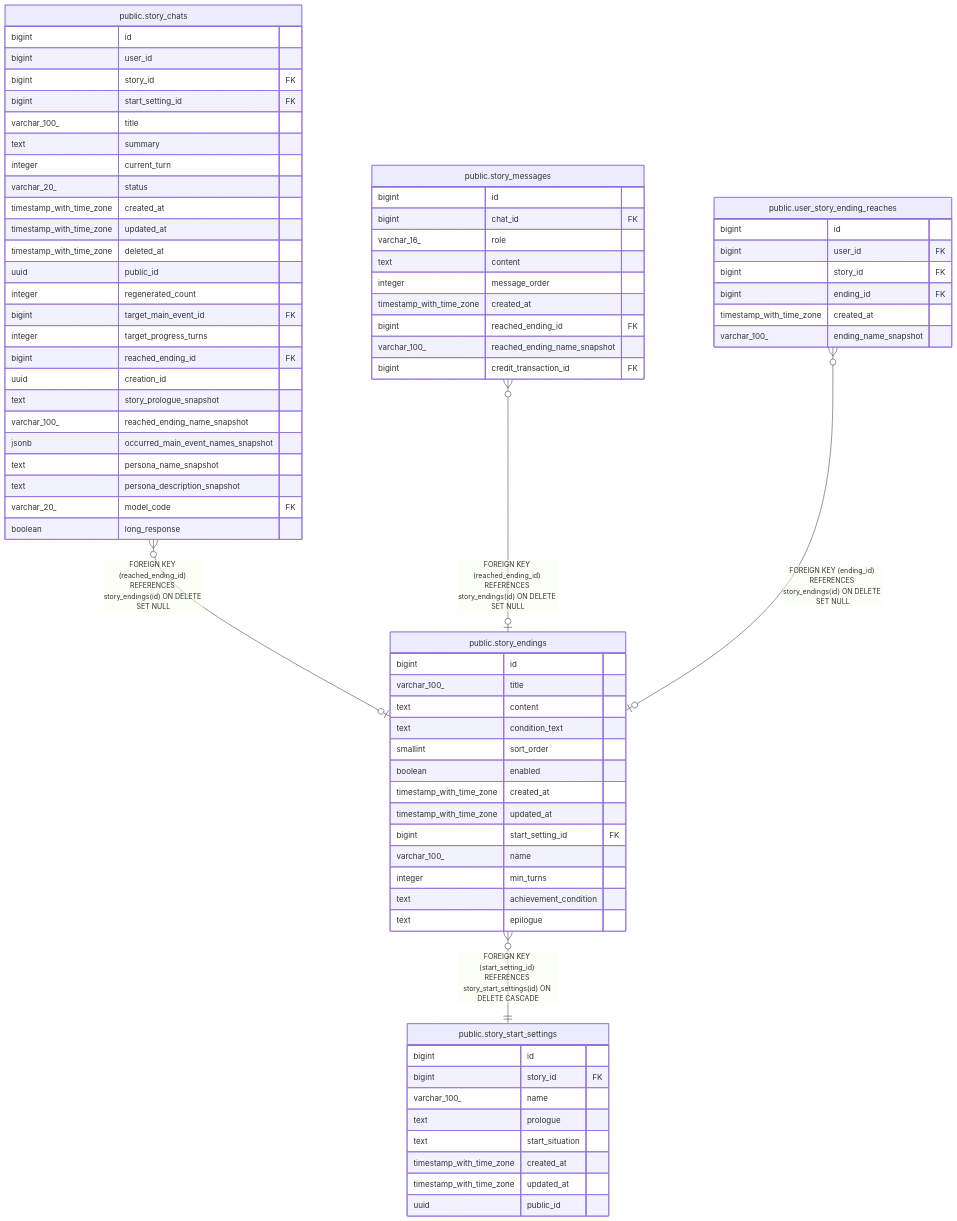
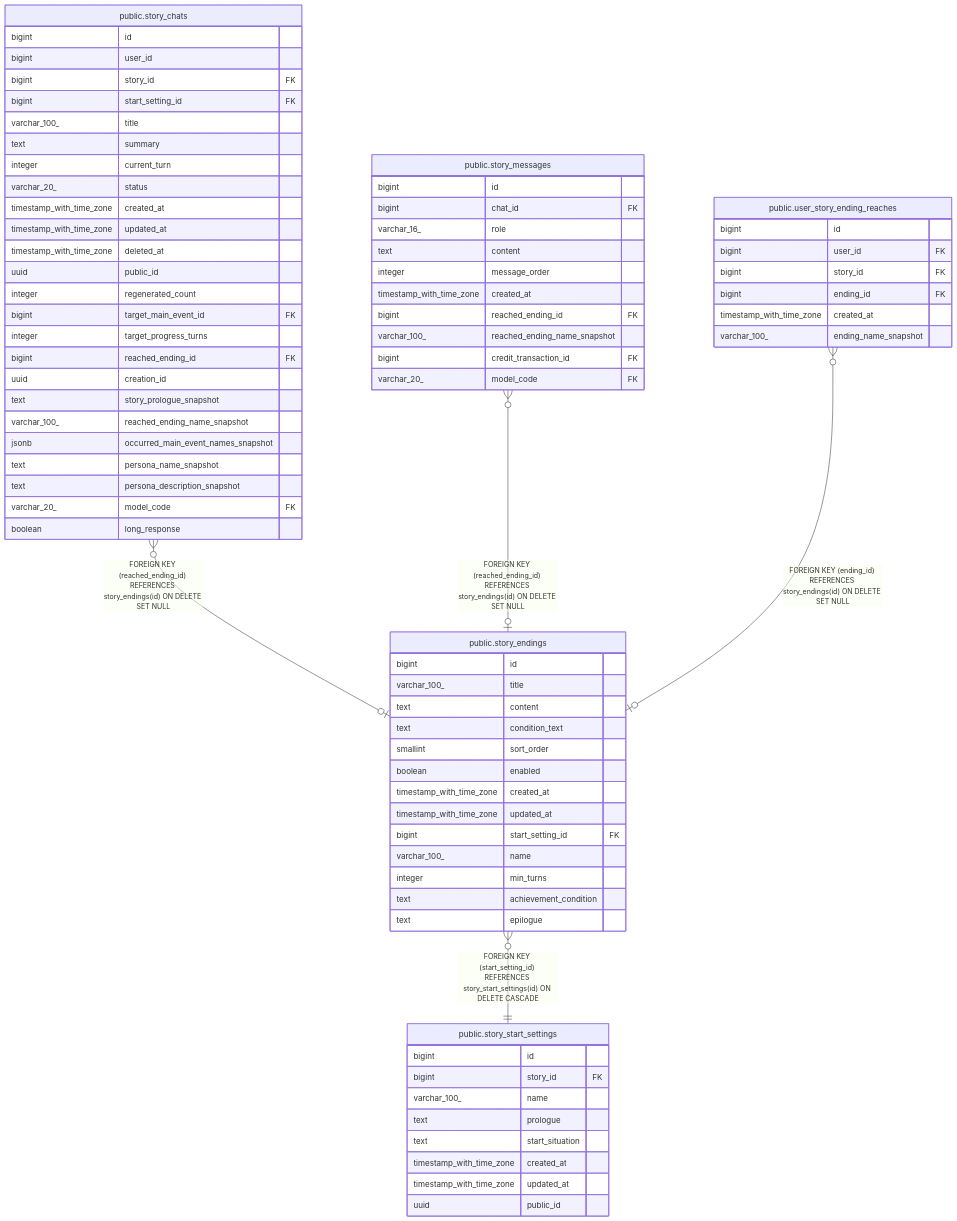
Before and after one commit to KIM-N-KANG/manyak-server: the diagram in dbdoc/public.story_endings.md, drawn with Mermaid. The commit also changed 33 other files, not shown here.

````diff
--- a/dbdoc/public.story_endings.md
+++ b/dbdoc/public.story_endings.md
@@ -41,79 +41,80 @@
 ```mermaid
 erDiagram
 
 "public.story_chats" }o--o| "public.story_endings" : "FOREIGN KEY (reached_ending_id) REFERENCES story_endings(id) ON DELETE SET NULL"
 "public.story_messages" }o--o| "public.story_endings" : "FOREIGN KEY (reached_ending_id) REFERENCES story_endings(id) ON DELETE SET NULL"
 "public.user_story_ending_reaches" }o--o| "public.story_endings" : "FOREIGN KEY (ending_id) REFERENCES story_endings(id) ON DELETE SET NULL"
 "public.story_endings" }o--|| "public.story_start_settings" : "FOREIGN KEY (start_setting_id) REFERENCES story_start_settings(id) ON DELETE CASCADE"
 
 "public.story_endings" {
   bigint id
   varchar_100_ title
   text content
   text condition_text
   smallint sort_order
   boolean enabled
   timestamp_with_time_zone created_at
   timestamp_with_time_zone updated_at
   bigint start_setting_id FK
   varchar_100_ name
   integer min_turns
   text achievement_condition
   text epilogue
 }
 "public.story_chats" {
   bigint id
   bigint user_id
   bigint story_id FK
   bigint start_setting_id FK
   varchar_100_ title
   text summary
   integer current_turn
   varchar_20_ status
   timestamp_with_time_zone created_at
   timestamp_with_time_zone updated_at
   timestamp_with_time_zone deleted_at
   uuid public_id
   integer regenerated_count
   bigint target_main_event_id FK
   integer target_progress_turns
   bigint reached_ending_id FK
   uuid creation_id
   text story_prologue_snapshot
   varchar_100_ reached_ending_name_snapshot
   jsonb occurred_main_event_names_snapshot
   text persona_name_snapshot
   text persona_description_snapshot
   varchar_20_ model_code FK
   boolean long_response
 }
 "public.story_messages" {
   bigint id
   bigint chat_id FK
   varchar_16_ role
   text content
   integer message_order
   timestamp_with_time_zone created_at
   bigint reached_ending_id FK
   varchar_100_ reached_ending_name_snapshot
   bigint credit_transaction_id FK
+  varchar_20_ model_code FK
 }
 "public.user_story_ending_reaches" {
   bigint id
   bigint user_id FK
   bigint story_id FK
   bigint ending_id FK
   timestamp_with_time_zone created_at
   varchar_100_ ending_name_snapshot
 }
 "public.story_start_settings" {
   bigint id
   bigint story_id FK
   varchar_100_ name
   text prologue
   text start_situation
   timestamp_with_time_zone created_at
   timestamp_with_time_zone updated_at
   uuid public_id
 }
 ```
````
